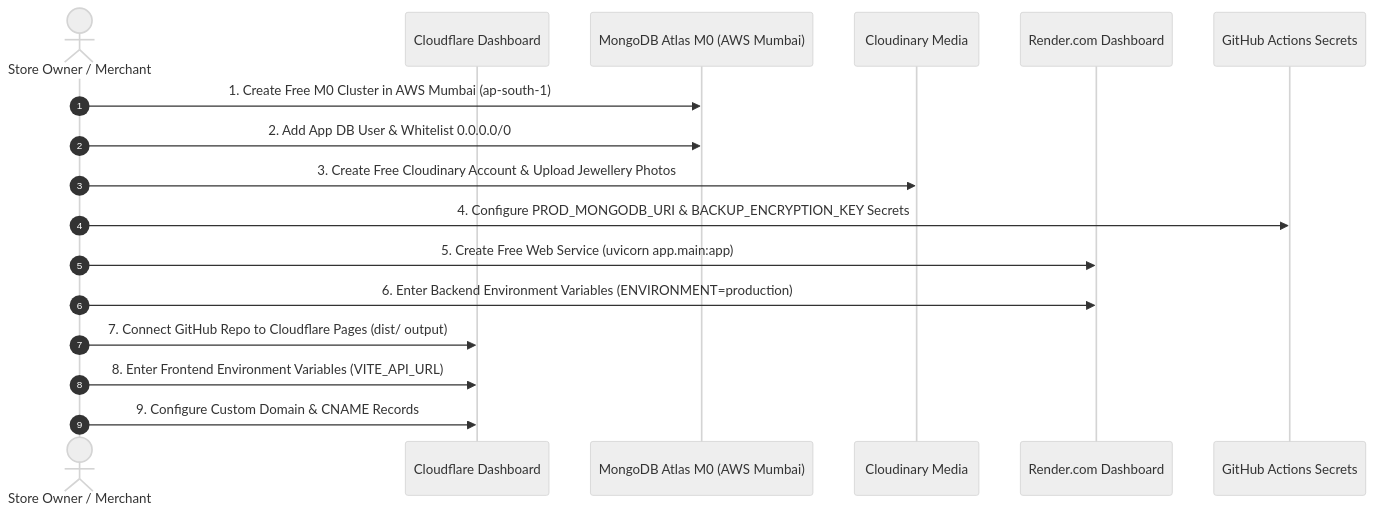
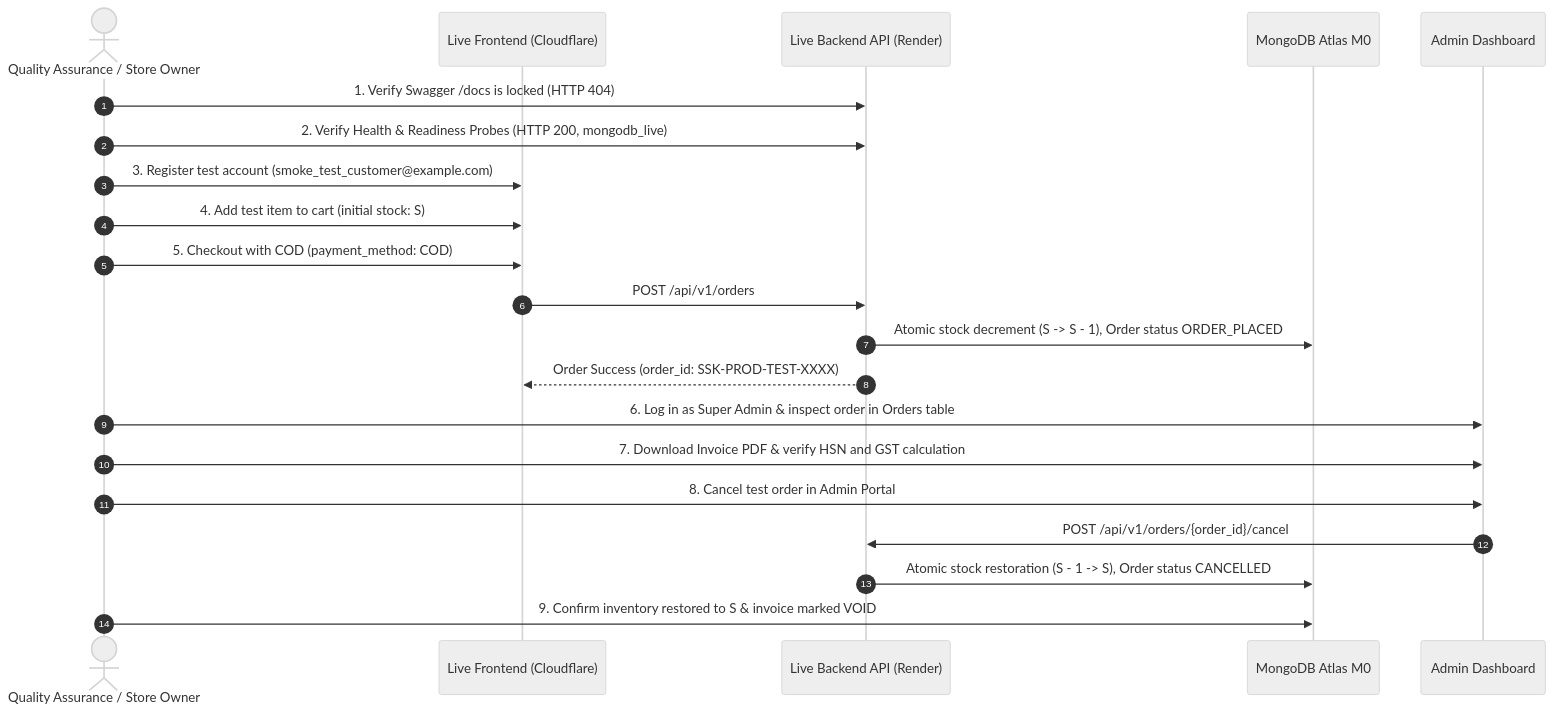
One commit to venkatasivanagasaikumar/sree-sai-krishna-collections changed the diagram in SSK_FIRST_PRODUCTION_LAUNCH_REPORT.md. Above: the diagram before and after it, drawn with Mermaid (neutral theme). The commit also changed other lines of this file and 2 other files, not shown here.

Commit message:
docs(production): update security governance, pool sizing, provisional tax compliance, and smoke test safety

````diff
--- a/SSK_FIRST_PRODUCTION_LAUNCH_REPORT.md
+++ b/SSK_FIRST_PRODUCTION_LAUNCH_REPORT.md
@@ -58,20 +87,24 @@
 ```mermaid
 sequenceDiagram
     autonumber
-    actor Merchant as Store Owner / Merchant
-    participant Cloudflare as Cloudflare Dashboard
-    participant Atlas as MongoDB Atlas M0 (AWS Mumbai)
-    participant Cloudinary as Cloudinary Media
-    participant Render as Render.com Dashboard
-    participant GitHub as GitHub Actions Secrets
+    actor Tester as Quality Assurance / Store Owner
+    participant Storefront as Live Frontend (Cloudflare)
+    participant API as Live Backend API (Render)
+    participant DB as MongoDB Atlas M0
+    participant Admin as Admin Dashboard
 
-    Merchant->>Atlas: 1. Create Free M0 Cluster in AWS Mumbai (ap-south-1)
-    Merchant->>Atlas: 2. Add App DB User & Whitelist 0.0.0.0/0
-    Merchant->>Cloudinary: 3. Create Free Cloudinary Account & Upload Jewellery Photos
-    Merchant->>GitHub: 4. Configure PROD_MONGODB_URI & BACKUP_ENCRYPTION_KEY Secrets
-    Merchant->>Render: 5. Create Free Web Service (uvicorn app.main:app)
-    Merchant->>Render: 6. Enter Backend Environment Variables (ENVIRONMENT=production)
-    Merchant->>Cloudflare: 7. Connect GitHub Repo to Cloudflare Pages (dist/ output)
-    Merchant->>Cloudflare: 8. Enter Frontend Environment Variables (VITE_API_URL)
-    Merchant->>Cloudflare: 9. Configure Custom Domain & CNAME Records
+    Tester->>API: 1. Verify Swagger /docs is locked (HTTP 404)
+    Tester->>API: 2. Verify Health & Readiness Probes (HTTP 200, mongodb_live)
+    Tester->>Storefront: 3. Register test account (smoke_test_customer@example.com)
+    Tester->>Storefront: 4. Add test item to cart (initial stock: S)
+    Tester->>Storefront: 5. Checkout with COD (payment_method: COD)
+    Storefront->>API: POST /api/v1/orders
+    API->>DB: Atomic stock decrement (S -> S - 1), Order status ORDER_PLACED
+    API-->>Storefront: Order Success (order_id: SSK-PROD-TEST-XXXX)
+    Tester->>Admin: 6. Log in as Super Admin & inspect order in Orders table
+    Tester->>Admin: 7. Download Invoice PDF & verify HSN and GST calculation
+    Tester->>Admin: 8. Cancel test order in Admin Portal
+    Admin->>API: POST /api/v1/orders/{order_id}/cancel
+    API->>DB: Atomic stock restoration (S - 1 -> S), Order status CANCELLED
+    Tester->>DB: 9. Confirm inventory restored to S & invoice marked VOID
 ```
````
